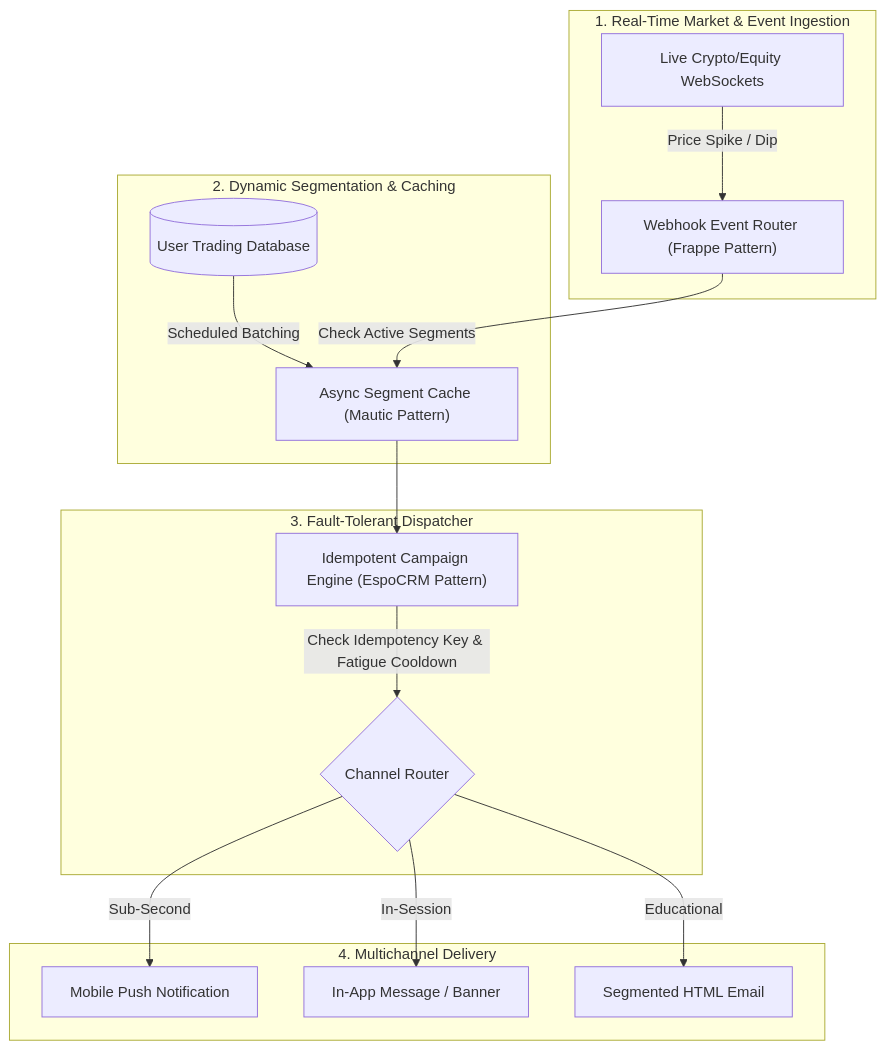
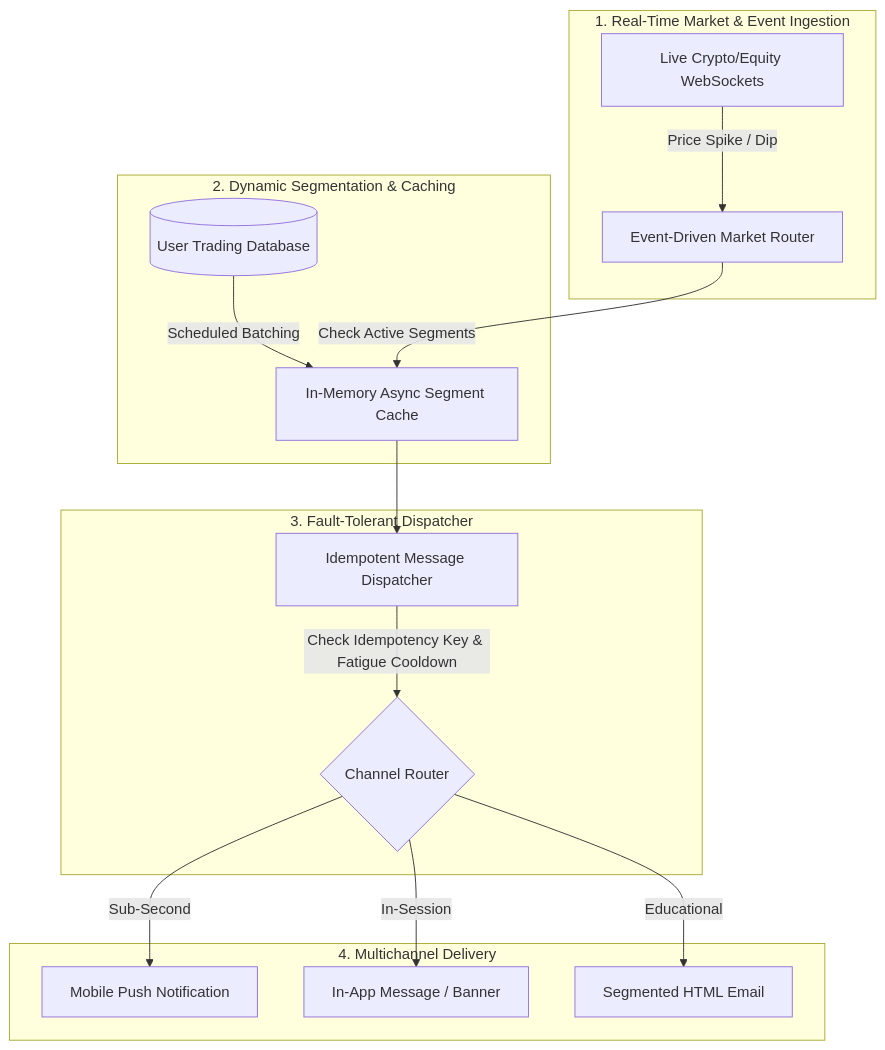
One commit to Faizan021/crypto-trading-growth-engine changed the diagram in README.md. Above: the diagram before and after it, drawn with Mermaid. The commit also changed other lines of this file and 1 other file, not shown here.

Commit message:
docs: remove external references and position architecture as 100% original proprietary engineering

````diff
--- a/README.md
+++ b/README.md
@@ -17,22 +17,22 @@
 ```mermaid
 flowchart TD
     subgraph Signal_Layer ["1. Real-Time Market & Event Ingestion"]
-        A["Live Crypto/Equity WebSockets"] -->|Price Spike / Dip| B["Webhook Event Router (Frappe Pattern)"]
+        A["Live Crypto/Equity WebSockets"] -->|Price Spike / Dip| B["Event-Driven Market Router"]
     end
 
     subgraph Data_Layer ["2. Dynamic Segmentation & Caching"]
-        C[("User Trading Database")] -->|Scheduled Batching| D["Async Segment Cache (Mautic Pattern)"]
+        C[("User Trading Database")] -->|Scheduled Batching| D["In-Memory Async Segment Cache"]
         B -->|Check Active Segments| D
     end
 
     subgraph Execution_Layer ["3. Fault-Tolerant Dispatcher"]
-        D --> E["Idempotent Campaign Engine (EspoCRM Pattern)"]
+        D --> E["Idempotent Message Dispatcher"]
         E -->|Check Idempotency Key & Fatigue Cooldown| F{"Channel Router"}
     end
 
     subgraph Touchpoints ["4. Multichannel Delivery"]
         F -->|Sub-Second| G["Mobile Push Notification"]
         F -->|In-Session| H["In-App Message / Banner"]
         F -->|Educational| I["Segmented HTML Email"]
     end
 ```
````
